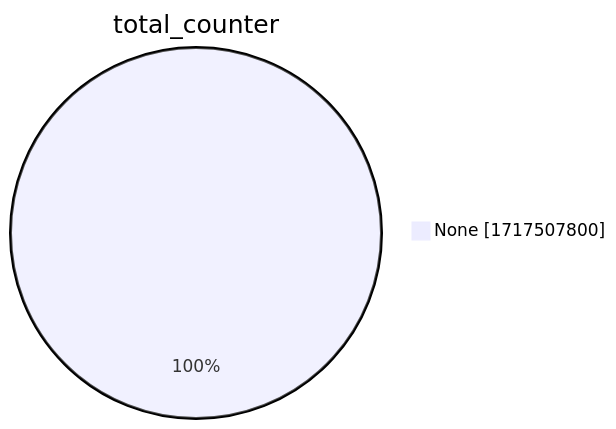
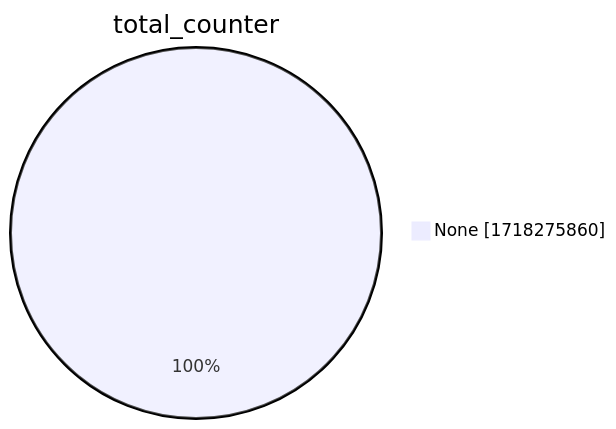
Before and after one commit to christiankrug/ctmonitor_visualization: the second of 15 diagrams in xenon2022/README.md, drawn with Mermaid. The commit also changed other lines of this file, not shown here.

````diff
--- a/xenon2022/README.md
+++ b/xenon2022/README.md
@@ -9,5 +9,5 @@
 ```mermaid
 pie showData
 title total_counter
-"None" :1717507800
+"None" :1718275860
 ```
````
